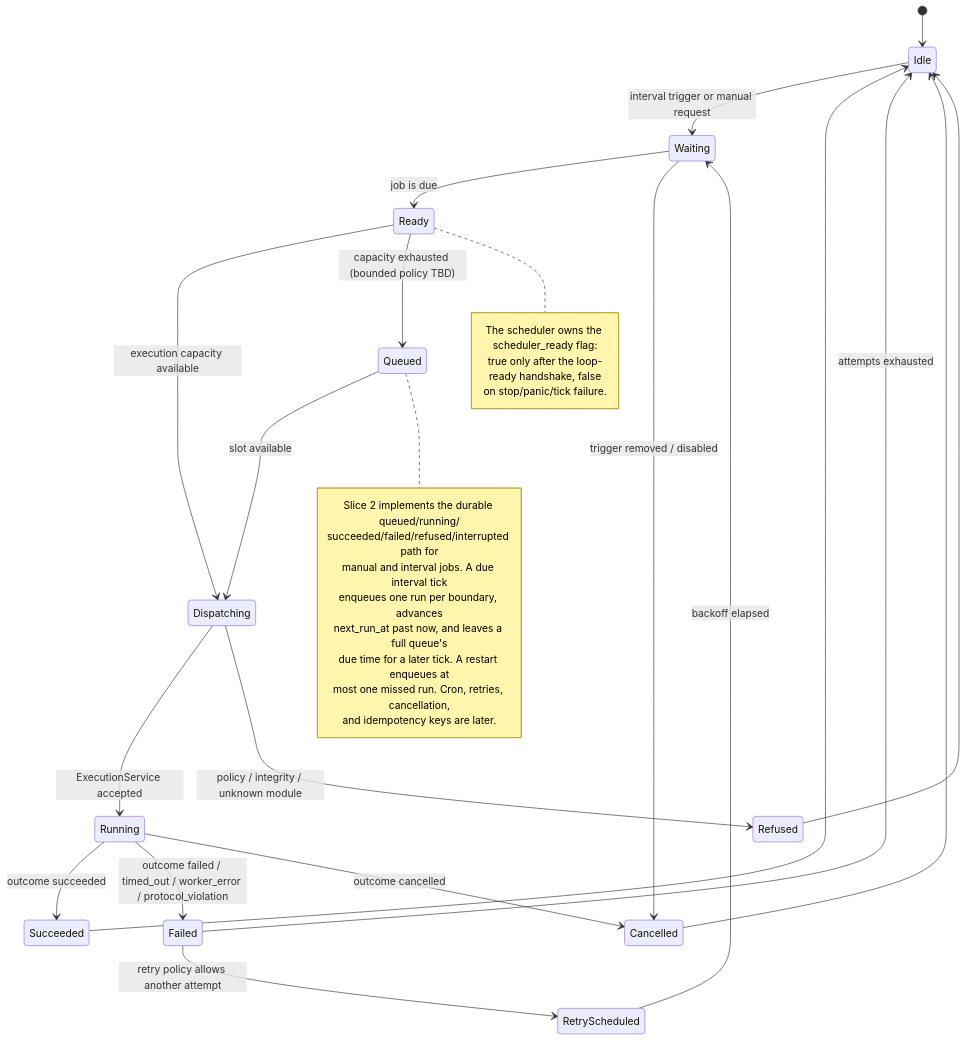
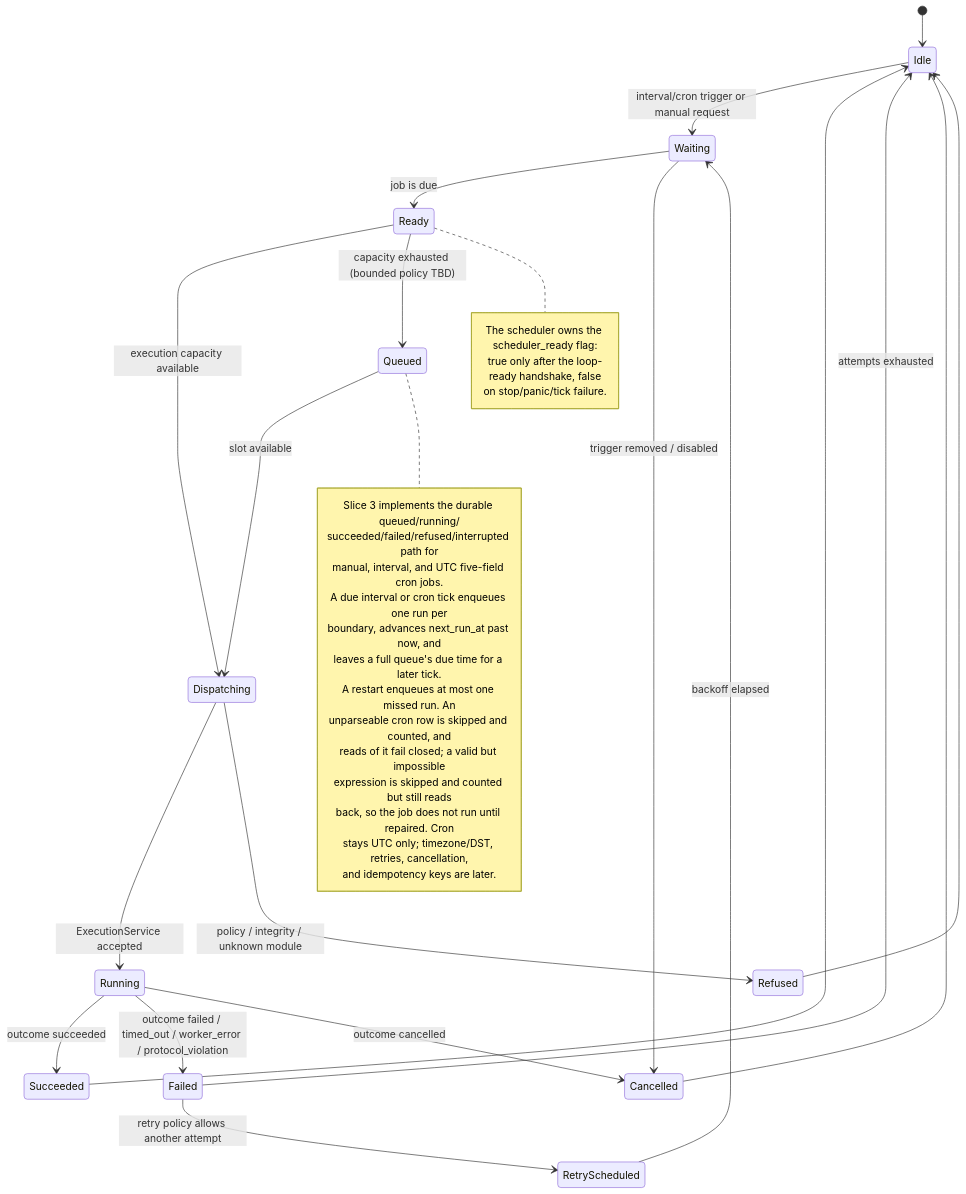
Diagram 13 of 14 in docs/statecharts.md (nicknad/conductor), drawn with Mermaid before and after one commit. The commit also changed other lines of this file and 15 other files, not shown here.

````diff
--- a/docs/statecharts.md
+++ b/docs/statecharts.md
@@ -458,37 +458,42 @@
 ```mermaid
 stateDiagram-v2
     [*] --> Idle
-    Idle --> Waiting: interval trigger or manual request
+    Idle --> Waiting: interval/cron trigger or manual request
     Waiting --> Ready: job is due
     Waiting --> Cancelled: trigger removed / disabled
     Ready --> Dispatching: execution capacity available
     Ready --> Queued: capacity exhausted (bounded policy TBD)
     Queued --> Dispatching: slot available
     Dispatching --> Running: ExecutionService accepted
     Dispatching --> Refused: policy / integrity / unknown module
     Running --> Succeeded: outcome succeeded
     Running --> Failed: outcome failed / timed_out / worker_error / protocol_violation
     Running --> Cancelled: outcome cancelled
     Failed --> RetryScheduled: retry policy allows another attempt
     RetryScheduled --> Waiting: backoff elapsed
     Succeeded --> Idle
     Failed --> Idle: attempts exhausted
     Cancelled --> Idle
     Refused --> Idle
 
     note right of Queued
-        Slice 2 implements the durable queued/running/
+        Slice 3 implements the durable queued/running/
         succeeded/failed/refused/interrupted path for
-        manual and interval jobs. A due interval tick
-        enqueues one run per boundary, advances
-        next_run_at past now, and leaves a full queue's
-        due time for a later tick. A restart enqueues at
-        most one missed run. Cron, retries, cancellation,
+        manual, interval, and UTC five-field cron jobs.
+        A due interval or cron tick enqueues one run per
+        boundary, advances next_run_at past now, and
+        leaves a full queue's due time for a later tick.
+        A restart enqueues at most one missed run. An
+        unparseable cron row is skipped and counted, and
+        reads of it fail closed; a valid but impossible
+        expression is skipped and counted but still reads
+        back, so the job does not run until repaired. Cron
+        stays UTC only; timezone/DST, retries, cancellation,
         and idempotency keys are later.
     end note
     note right of Ready
         The scheduler owns the scheduler_ready flag:
         true only after the loop-ready handshake, false
         on stop/panic/tick failure.
     end note
 ```
````
